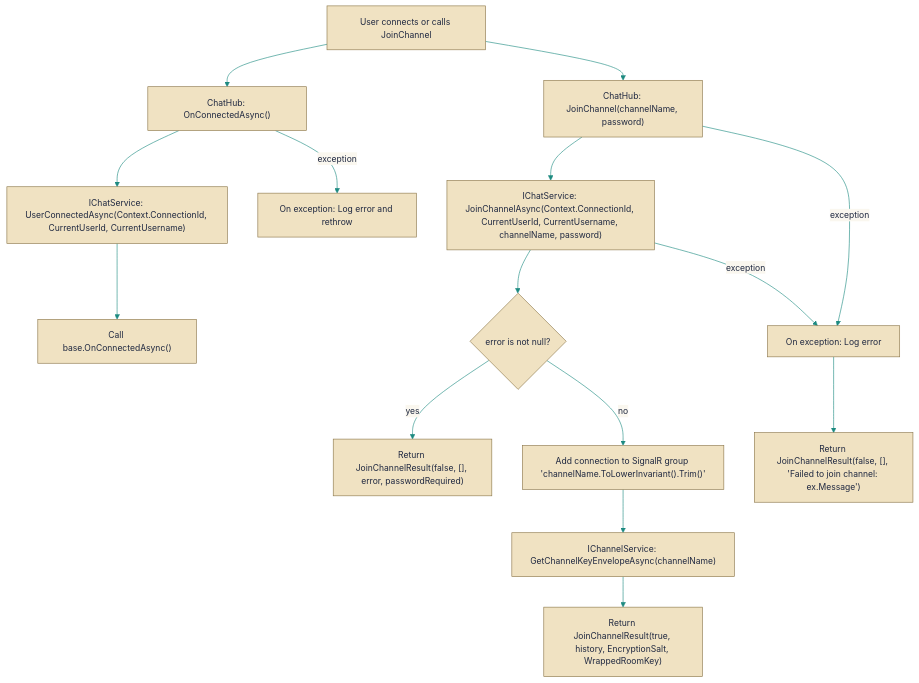
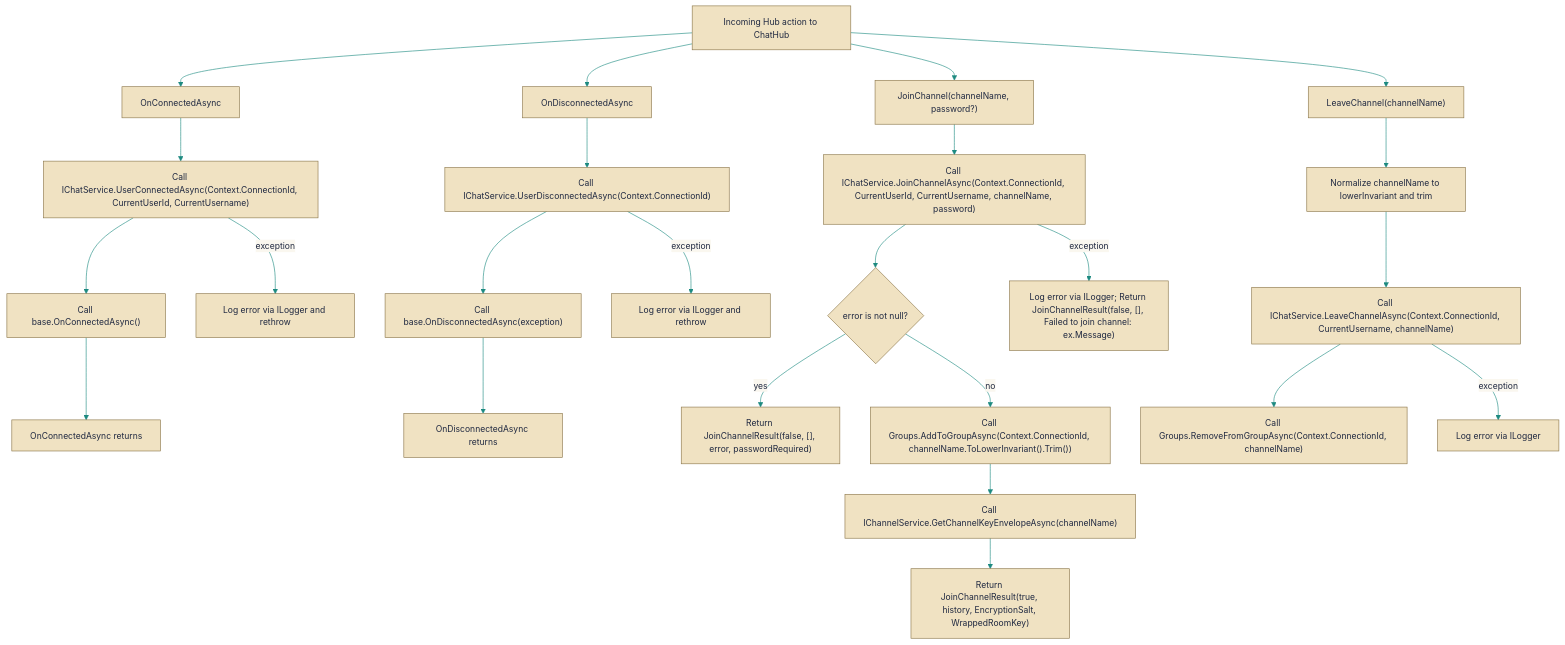
Before and after one commit to HueByte/EchoHub: the diagram in docs/auriondocs/Code/src/EchoHub.Server/Hubs/ChatHub.cs.md, drawn with Mermaid. The commit also changed other lines of this file and 143 other files, not shown here.

````diff
--- a/docs/auriondocs/Code/src/EchoHub.Server/Hubs/ChatHub.cs.md
+++ b/docs/auriondocs/Code/src/EchoHub.Server/Hubs/ChatHub.cs.md
@@ -8,36 +8,32 @@
 ```mermaid
 %%{init: {'theme':'base','themeVariables':{'background':'#faf7ef','primaryColor':'#f0e2c2','primaryTextColor':'#1f2840','primaryBorderColor':'#8a7548','secondaryColor':'#d9efec','secondaryBorderColor':'#1d8a80','secondaryTextColor':'#1f2840','tertiaryColor':'#f2ebd8','tertiaryBorderColor':'#8a7548','tertiaryTextColor':'#1f2840','lineColor':'#1d8a80','titleColor':'#1f2840','fontSize':'14px','edgeLabelBackground':'#faf7ef','clusterBkg':'#f2ebd8','clusterBorder':'#8a7548','actorBkg':'#f0e2c2','actorBorder':'#8a7548','actorTextColor':'#1f2840','actorLineColor':'#8a7548','signalColor':'#1d8a80','signalTextColor':'#1f2840','activationBkgColor':'#d9efec','activationBorderColor':'#1d8a80','noteBkgColor':'#f2ebd8','noteBorderColor':'#8a7548','noteTextColor':'#1f2840','labelBoxBkgColor':'#f0e2c2','labelBoxBorderColor':'#8a7548','labelTextColor':'#1f2840','transitionColor':'#1d8a80','transitionLabelColor':'#1f2840','stateLabelColor':'#1f2840','altBackground':'#f2ebd8'}}}%%
 flowchart TB
-User["User connects or calls JoinChannel"]
-CH_OnConnected["ChatHub: OnConnectedAsync()"]
-IChatServiceConn["IChatService: UserConnectedAsync(Context.ConnectionId, CurrentUserId, CurrentUsername)"]
-BaseOnConnected["Call base.OnConnectedAsync()"]
-OnConnectedCatch["On exception: Log error and rethrow"]
+start["Incoming Hub action to ChatHub"]
 
-CH_Join["ChatHub: JoinChannel(channelName, password)"]
-IChatServiceJoin["IChatService: JoinChannelAsync(Context.ConnectionId, CurrentUserId, CurrentUsername, channelName, password)"]
-CheckError{"error is not null?"}
-ReturnFail["Return JoinChannelResult(false, [], error, passwordRequired)"]
-AddGroup["Add connection to SignalR group 'channelName.ToLowerInvariant().Trim()'"]
-IChannelServiceNode["IChannelService: GetChannelKeyEnvelopeAsync(channelName)"]
-ReturnSuccess["Return JoinChannelResult(true, history, EncryptionSalt, WrappedRoomKey)"]
-JoinCatch["On exception: Log error"]
-ReturnJoinCatch["Return JoinChannelResult(false, [], 'Failed to join channel: ex.Message')"]
+start --> onConn["OnConnectedAsync"]
+onConn --> callUserConnected["Call IChatService.UserConnectedAsync(Context.ConnectionId, CurrentUserId, CurrentUsername)"]
+callUserConnected --> baseOnConn["Call base.OnConnectedAsync()"]
+callUserConnected -->|"exception"| onConnLog["Log error via ILogger and rethrow"]
+baseOnConn --> onConnEnd["OnConnectedAsync returns"]
 
-User --> CH_OnConnected
-CH_OnConnected --> IChatServiceConn
-IChatServiceConn --> BaseOnConnected
-CH_OnConnected -->|"exception"| OnConnectedCatch
+start --> onDisc["OnDisconnectedAsync"]
+onDisc --> callUserDisconnected["Call IChatService.UserDisconnectedAsync(Context.ConnectionId)"]
+callUserDisconnected --> baseOnDisc["Call base.OnDisconnectedAsync(exception)"]
+callUserDisconnected -->|"exception"| onDiscLog["Log error via ILogger and rethrow"]
+baseOnDisc --> onDiscEnd["OnDisconnectedAsync returns"]
 
-User --> CH_Join
-CH_Join --> IChatServiceJoin
-IChatServiceJoin --> CheckError
-CheckError -->|"yes"| ReturnFail
-CheckError -->|"no"| AddGroup
-AddGroup --> IChannelServiceNode
-IChannelServiceNode --> ReturnSuccess
+start --> join["JoinChannel(channelName, password?)"]
+join --> callJoinService["Call IChatService.JoinChannelAsync(Context.ConnectionId, CurrentUserId, CurrentUsername, channelName, password)"]
+callJoinService --> joinDecision{"error is not null?"}
+joinDecision -->|"yes"| joinReturnError["Return JoinChannelResult(false, [], error, passwordRequired)"]
+joinDecision -->|"no"| addGroup["Call Groups.AddToGroupAsync(Context.ConnectionId, channelName.ToLowerInvariant().Trim())"]
+addGroup --> getEnvelope["Call IChannelService.GetChannelKeyEnvelopeAsync(channelName)"]
+getEnvelope --> joinReturnSuccess["Return JoinChannelResult(true, history, EncryptionSalt, WrappedRoomKey)"]
+callJoinService -->|"exception"| joinExceptionLog["Log error via ILogger; Return JoinChannelResult(false, [], Failed to join channel: ex.Message)"]
 
-CH_Join -->|"exception"| JoinCatch
-IChatServiceJoin -->|"exception"| JoinCatch
-JoinCatch --> ReturnJoinCatch
+start --> leave["LeaveChannel(channelName)"]
+leave --> normalize["Normalize channelName to lowerInvariant and trim"]
+normalize --> callLeaveService["Call IChatService.LeaveChannelAsync(Context.ConnectionId, CurrentUsername, channelName)"]
+callLeaveService --> removeFromGroup["Call Groups.RemoveFromGroupAsync(Context.ConnectionId, channelName)"]
+callLeaveService -->|"exception"| leaveExceptionLog["Log error via ILogger"]
 ```
````
